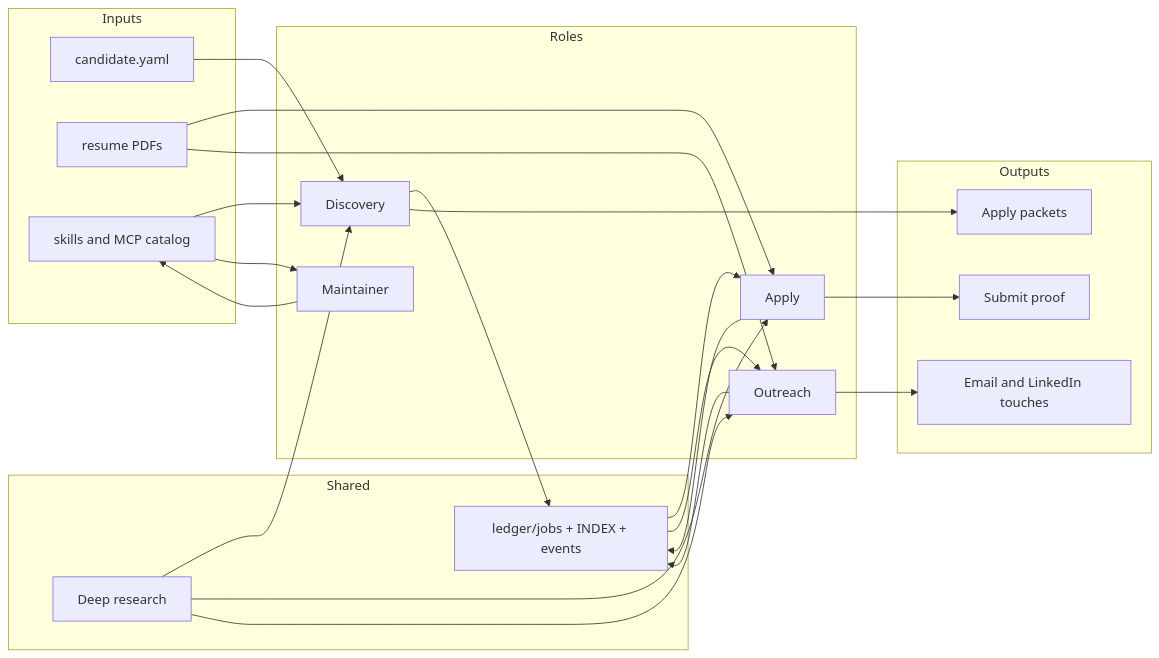
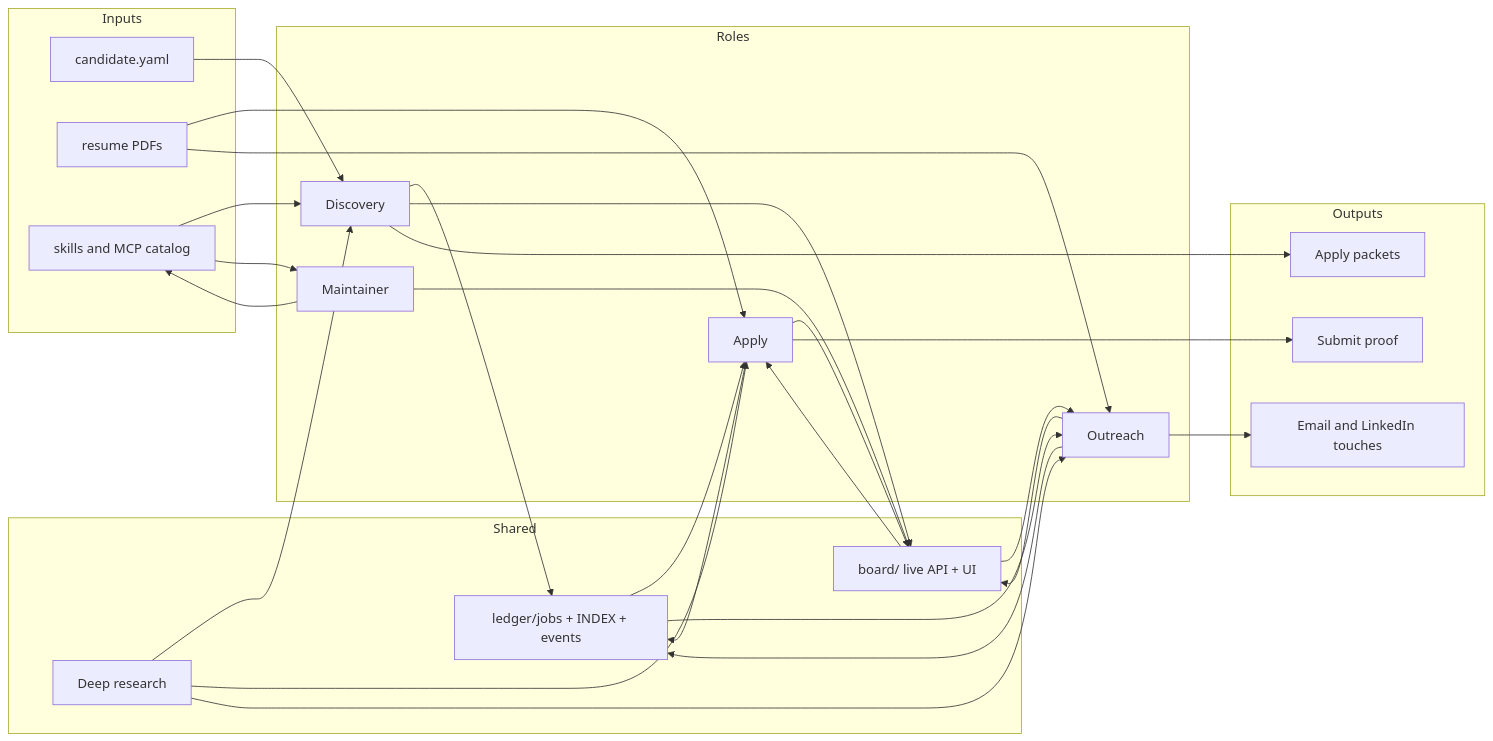
One commit to unownone/jobos changed the first of 2 diagrams in docs/architecture.md. Above: the diagram before and after it, drawn with Mermaid. The commit also changed other lines of this file and 53 other files, not shown here.

````diff
--- a/docs/architecture.md
+++ b/docs/architecture.md
@@ -15,44 +15,51 @@
 ```mermaid
 flowchart LR
   subgraph inputs [Inputs]
     candidate[candidate.yaml]
     resumes[resume PDFs]
     catalog[skills and MCP catalog]
   end
 
   subgraph roles [Roles]
     d[Discovery]
     a[Apply]
     o[Outreach]
     m[Maintainer]
   end
 
   subgraph shared [Shared]
     research[Deep research]
     ledger[ledger/jobs + INDEX + events]
+    board[board/ live API + UI]
   end
 
   subgraph outputs [Outputs]
     packets[Apply packets]
     proof[Submit proof]
     touches[Email and LinkedIn touches]
   end
 
   candidate --> d
   resumes --> a
   resumes --> o
   catalog --> d
   catalog --> m
   m --> catalog
+  m --> board
   research --> d
   research --> a
   research --> o
   d --> ledger
+  d --> board
   ledger --> a
+  board --> a
   a --> ledger
+  a --> board
   ledger --> o
+  board --> o
   o --> ledger
+  o --> board
   d --> packets
   a --> proof
   o --> touches
 ```
````
